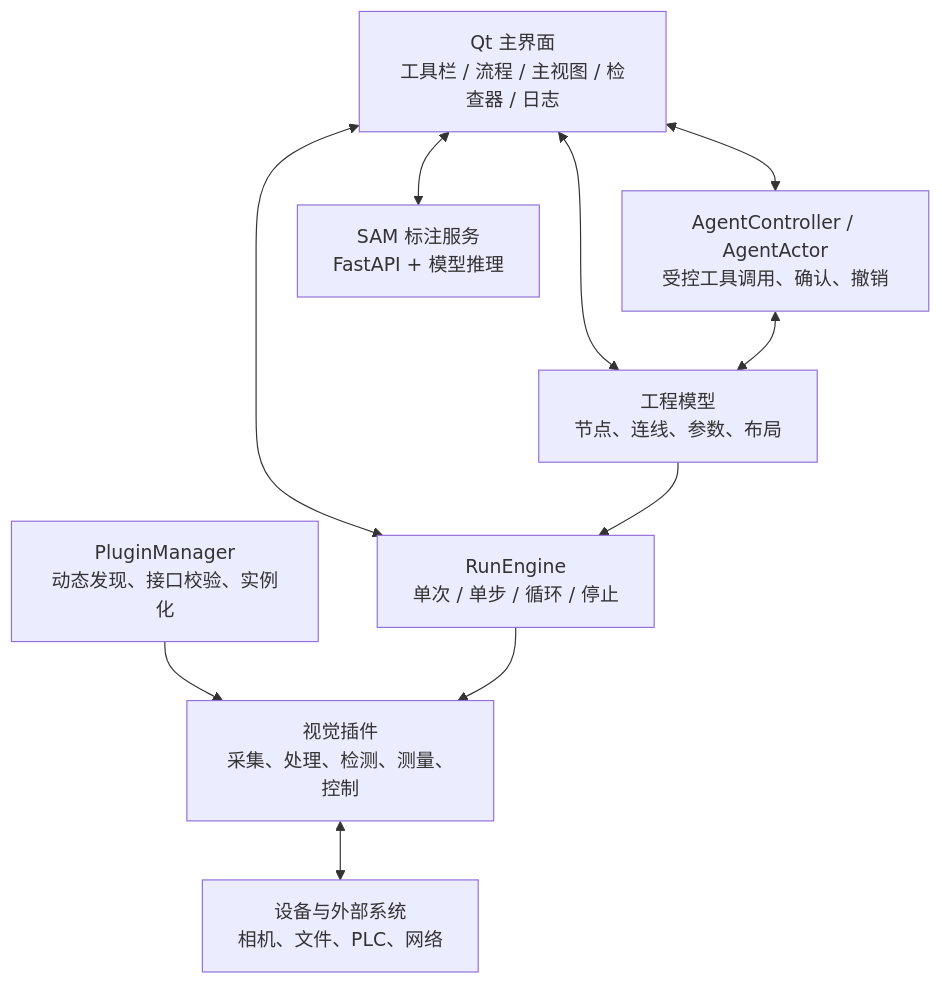
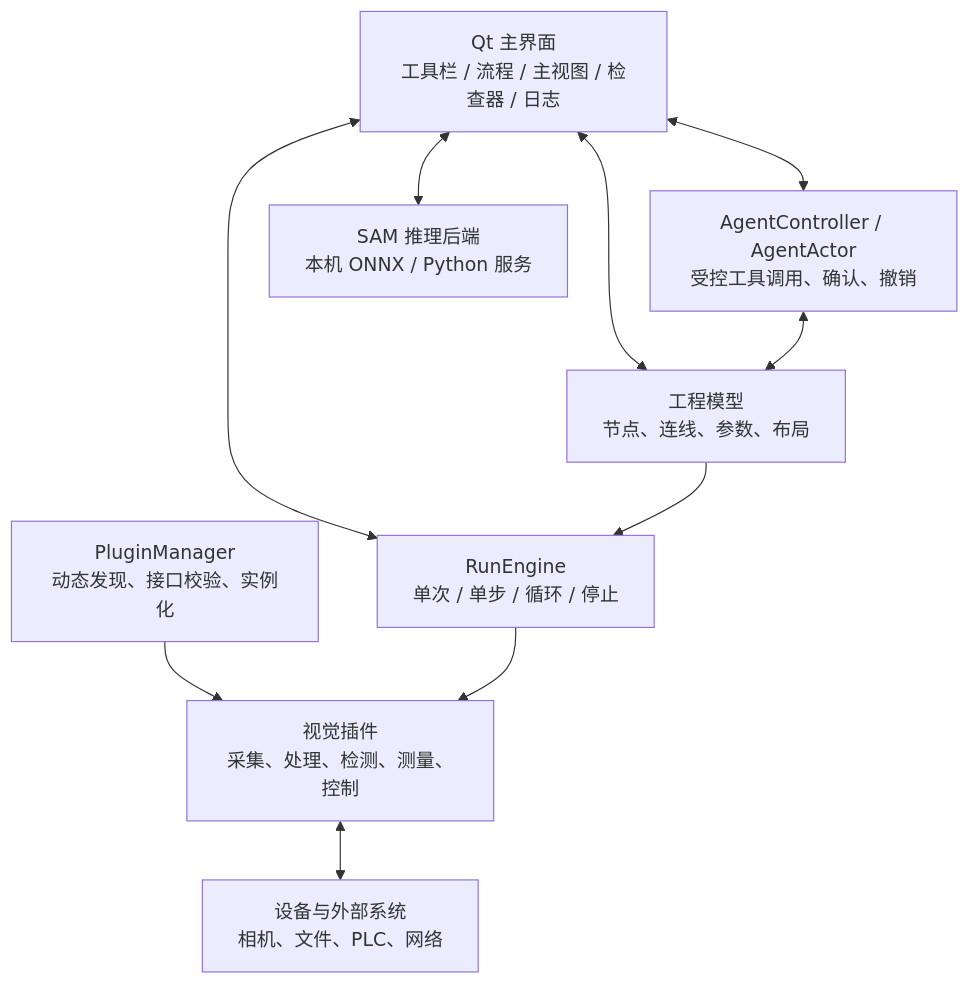
One commit to Bitfultea/DeepLux changed the first of 2 diagrams in README.md. Above: the diagram before and after it, drawn with Mermaid. The commit also changed other lines of this file and 4 other files, not shown here.

````diff
--- a/README.md
+++ b/README.md
@@ -28,21 +28,21 @@
 ```mermaid
 flowchart TB
     UI[Qt 主界面<br/>工具栏 / 流程 / 主视图 / 检查器 / 日志]
     Project[工程模型<br/>节点、连线、参数、布局]
     Engine[RunEngine<br/>单次 / 单步 / 循环 / 停止]
     Plugins[PluginManager<br/>动态发现、接口校验、实例化]
     Modules[视觉插件<br/>采集、处理、检测、测量、控制]
     Devices[设备与外部系统<br/>相机、文件、PLC、网络]
     Agent[AgentController / AgentActor<br/>受控工具调用、确认、撤销]
-    SAM[SAM 标注服务<br/>FastAPI + 模型推理]
+    SAM[SAM 推理后端<br/>本机 ONNX / Python 服务]
 
     UI <--> Project
     UI <--> Engine
     Project --> Engine
     Plugins --> Modules
     Engine --> Modules
     Modules <--> Devices
     UI <--> Agent
     Agent <--> Project
     UI <--> SAM
 ```
````
